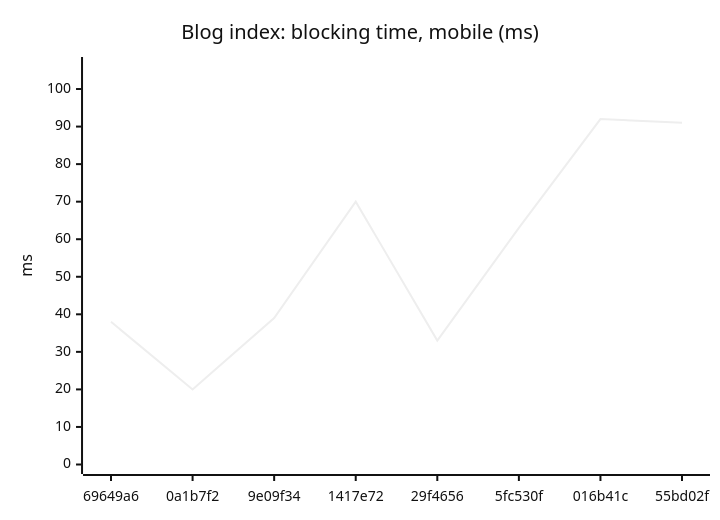
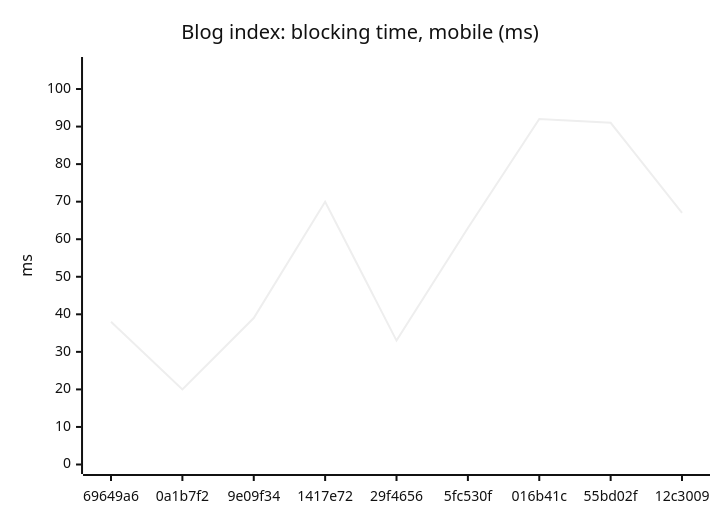
The fourth of 18 diagrams in README.md (AxelUser/maltsev.space), drawn with Mermaid (neutral theme) before and after one commit. The commit also changed other lines of this file and 1 other file, not shown here.

````diff
--- a/README.md
+++ b/README.md
@@ -61,7 +61,7 @@
 ```mermaid
 xychart-beta
   title "Blog index: blocking time, mobile (ms)"
-  x-axis ["69649a6", "0a1b7f2", "9e09f34", "1417e72", "29f4656", "5fc530f", "016b41c", "55bd02f"]
+  x-axis ["69649a6", "0a1b7f2", "9e09f34", "1417e72", "29f4656", "5fc530f", "016b41c", "55bd02f", "12c3009"]
   y-axis "ms" 0 --> 106
-  line [38, 20, 39, 70, 33, 63, 92, 91]
+  line [38, 20, 39, 70, 33, 63, 92, 91, 67]
 ```
````
